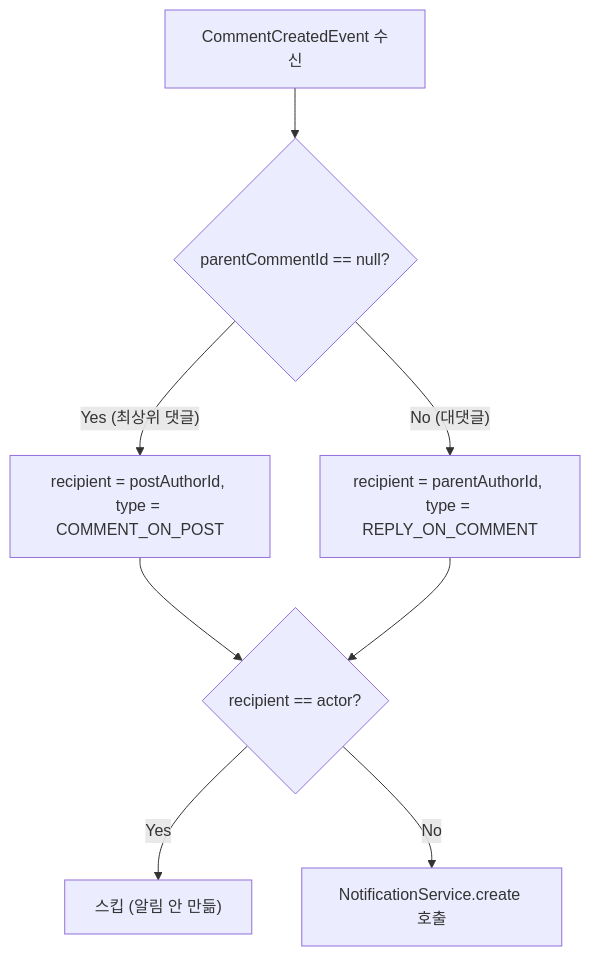
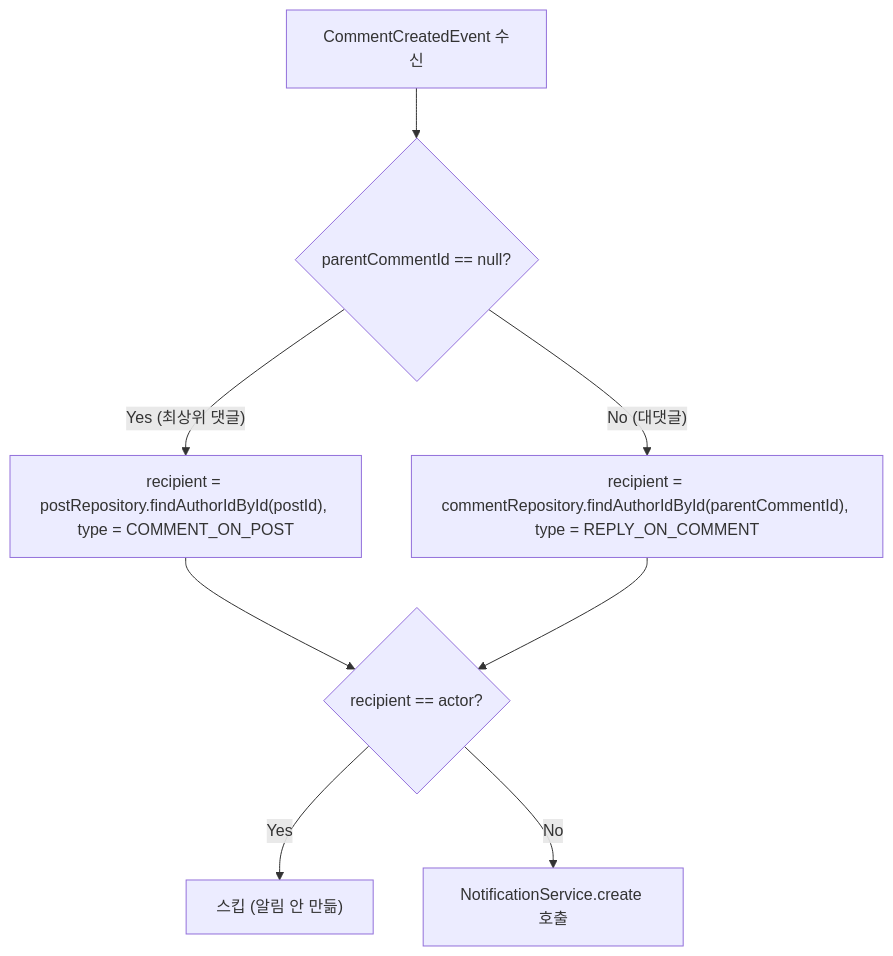
Before and after one commit to icesnake72/boards: the third of 3 diagrams in docs/lecture/NOTIFICATION.md, drawn with Mermaid. The commit also changed other lines of this file and 7 other files, not shown here.

````diff
--- a/docs/lecture/NOTIFICATION.md
+++ b/docs/lecture/NOTIFICATION.md
@@ -516,10 +524,10 @@
 ```mermaid
 flowchart TD
   E["CommentCreatedEvent 수신"] --> P{"parentCommentId == null?"}
-  P -->|"Yes (최상위 댓글)"| R1["recipient = postAuthorId, type = COMMENT_ON_POST"]
-  P -->|"No (대댓글)"| R2["recipient = parentAuthorId, type = REPLY_ON_COMMENT"]
+  P -->|"Yes (최상위 댓글)"| R1["recipient = postRepository.findAuthorIdById(postId), type = COMMENT_ON_POST"]
+  P -->|"No (대댓글)"| R2["recipient = commentRepository.findAuthorIdById(parentCommentId), type = REPLY_ON_COMMENT"]
   R1 --> S{"recipient == actor?"}
   R2 --> S
   S -->|"Yes"| SKIP["스킵 (알림 안 만듦)"]
   S -->|"No"| SAVE["NotificationService.create 호출"]
 ```
````
